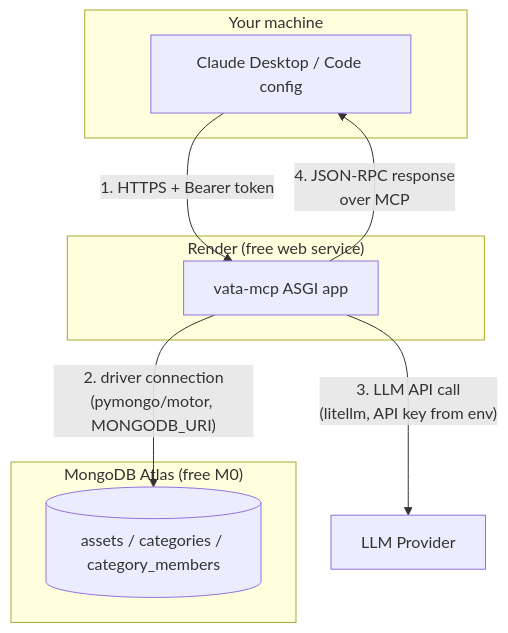
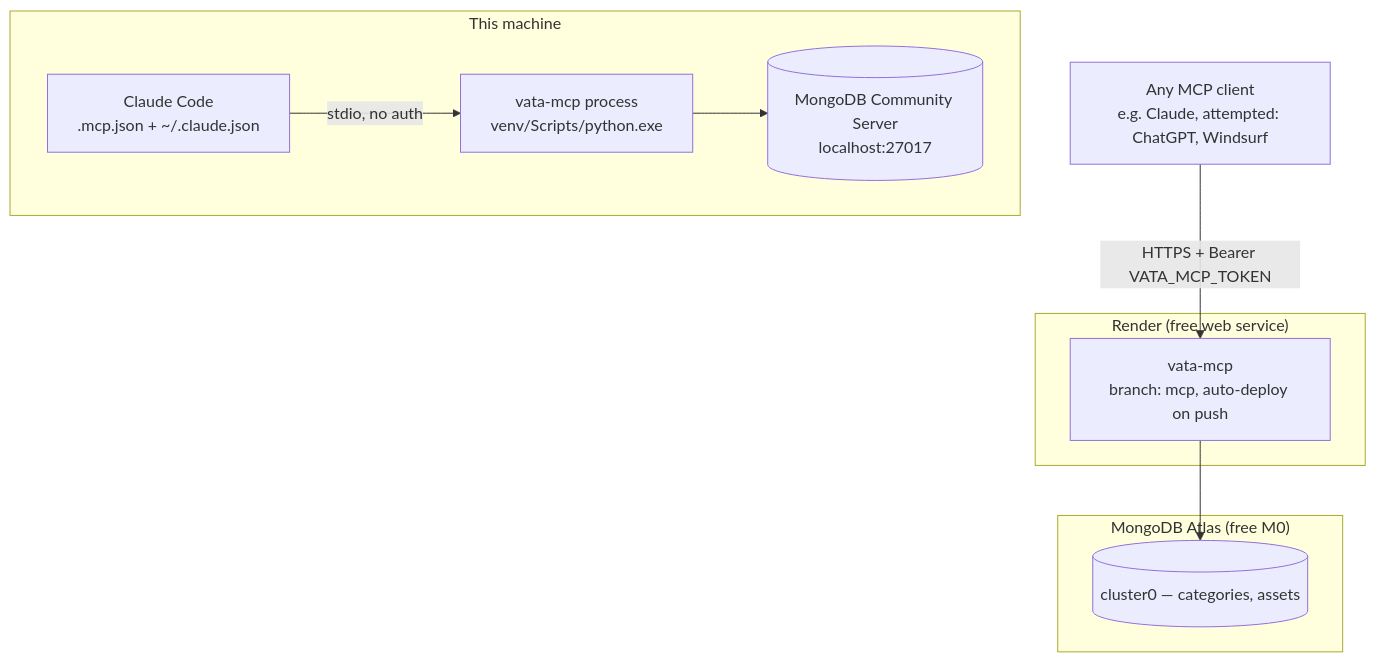
Before and after one commit to vivekvpai/vata: the ninth of 9 diagrams in VATA_DATAFLOW.md, drawn with Mermaid. The commit also changed other lines of this file and 2 other files, not shown here.

````diff
--- a/VATA_DATAFLOW.md
+++ b/VATA_DATAFLOW.md
@@ -176,16 +247,17 @@
 ```mermaid
 flowchart TB
-    subgraph Local["Your machine"]
-        CD[Claude Desktop / Code config]
+    subgraph LocalDev["This machine"]
+        CC[Claude Code\n.mcp.json + ~/.claude.json]
+        LocalMongo[(MongoDB Community Server\nlocalhost:27017)]
+        CC -- "stdio, no auth" --> LocalServer[vata-mcp process\nvenv/Scripts/python.exe]
+        LocalServer --> LocalMongo
     end
-    subgraph Render["Render (free web service)"]
-        APP[vata-mcp ASGI app]
+    subgraph RenderCloud["Render (free web service)"]
+        RemoteServer[vata-mcp\nbranch: mcp, auto-deploy on push]
     end
-    subgraph Atlas["MongoDB Atlas (free M0)"]
-        COL[(assets / categories / category_members)]
+    subgraph AtlasCloud["MongoDB Atlas (free M0)"]
+        AtlasDB[(cluster0 — categories, assets)]
     end
-    CD -- "1. HTTPS + Bearer token" --> APP
-    APP -- "2. driver connection\n(pymongo/motor, MONGODB_URI)" --> COL
-    APP -- "3. LLM API call\n(litellm, API key from env)" --> LLM[LLM Provider]
-    APP -- "4. JSON-RPC response\nover MCP" --> CD
+    AnyClient[Any MCP client\ne.g. Claude, attempted: ChatGPT, Windsurf] -- "HTTPS + Bearer VATA_MCP_TOKEN" --> RemoteServer
+    RemoteServer --> AtlasDB
 ```
````
